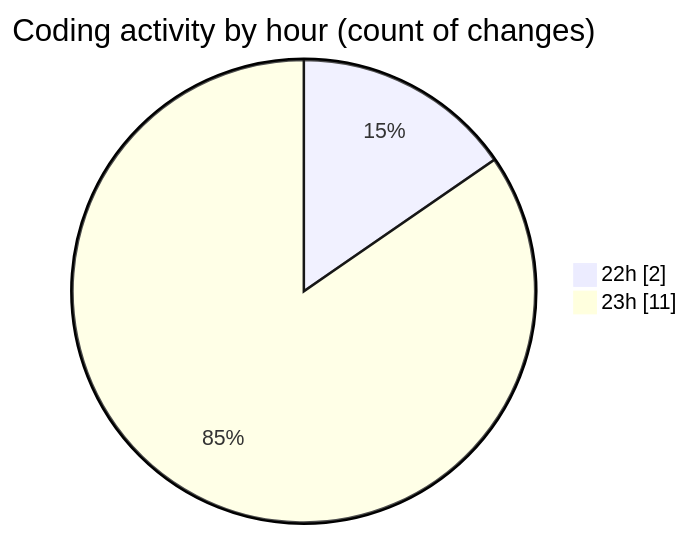
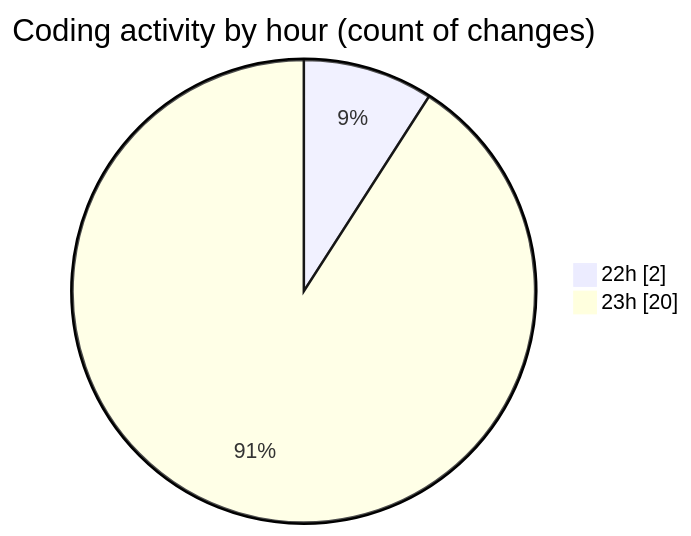
The second of 2 diagrams in 2025-02-22/samplepdf/README.md (momahboobian/code-tracking), drawn with Mermaid before and after one commit. The commit also changed other lines of this file and 1 other file, not shown here.

````diff
--- a/2025-02-22/samplepdf/README.md
+++ b/2025-02-22/samplepdf/README.md
@@ -31,6 +31,6 @@
 ```mermaid
 pie showData
 title Coding activity by hour (count of changes)
 "22h" : 2
-"23h" : 11
+"23h" : 20
 ```
````
